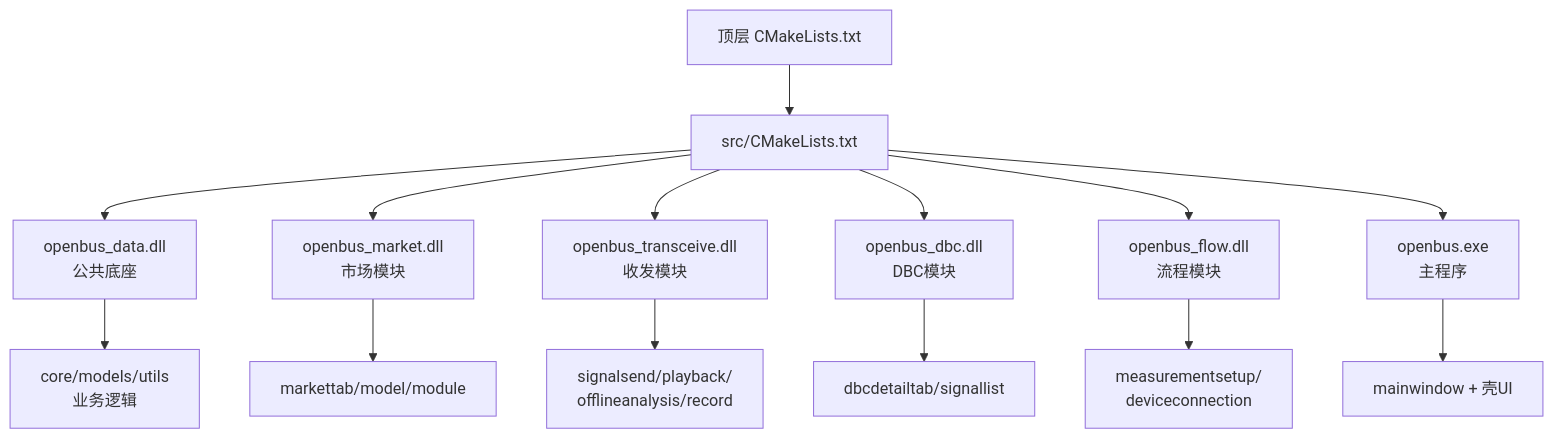
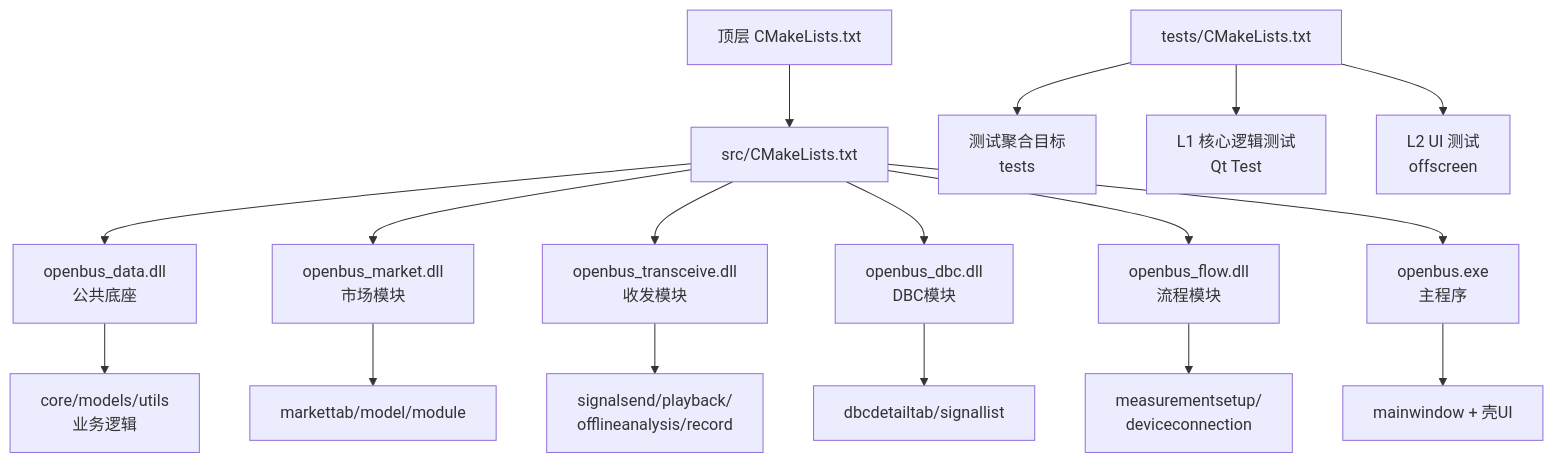
The first of 5 diagrams in .qoder/repowiki/zh/content/构建和部署/构建流程/构建流程.md (jakecai1225-design/OpenBus), drawn with Mermaid before and after one commit. The commit also changed other lines of this file and 56 other files, not shown here.

Commit message:
trace graphic优化

````diff
--- a/.qoder/repowiki/zh/content/构建和部署/构建流程/构建流程.md
+++ b/.qoder/repowiki/zh/content/构建和部署/构建流程/构建流程.md
@@ -65,16 +73,19 @@
 ```mermaid
 graph TB
 A["顶层 CMakeLists.txt"] --> B["src/CMakeLists.txt"]
 B --> C["openbus_data.dll<br/>公共底座"]
 B --> D["openbus_market.dll<br/>市场模块"]
 B --> E["openbus_transceive.dll<br/>收发模块"]
 B --> F["openbus_dbc.dll<br/>DBC模块"]
 B --> G["openbus_flow.dll<br/>流程模块"]
 B --> H["openbus.exe<br/>主程序"]
 C --> I["core/models/utils<br/>业务逻辑"]
 D --> J["markettab/model/module"]
 E --> K["signalsend/playback/<br/>offlineanalysis/record"]
 F --> L["dbcdetailtab/signallist"]
 G --> M["measurementsetup/<br/>deviceconnection"]
 H --> N["mainwindow + 壳UI"]
+O["tests/CMakeLists.txt"] --> P["测试聚合目标<br/>tests"]
+O --> Q["L1 核心逻辑测试<br/>Qt Test"]
+O --> R["L2 UI 测试<br/>offscreen"]
 ```
````
